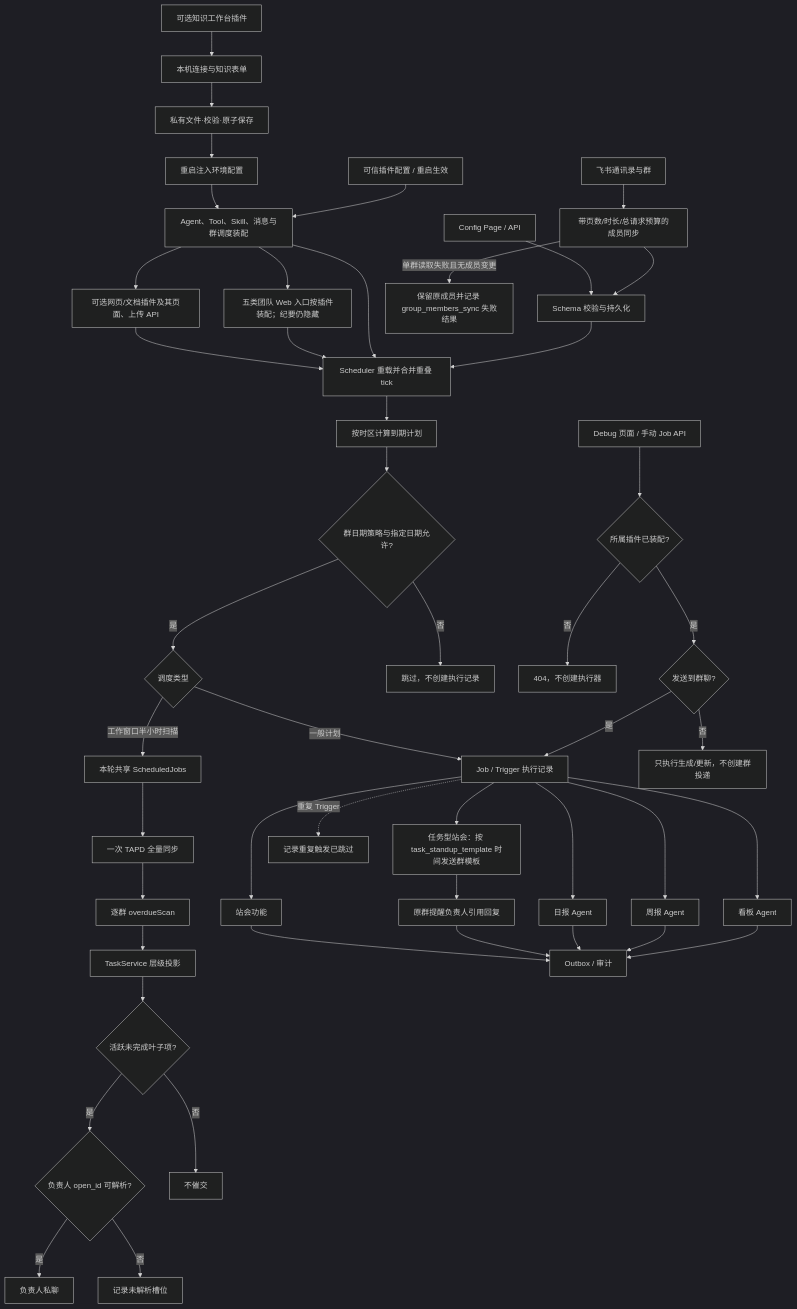
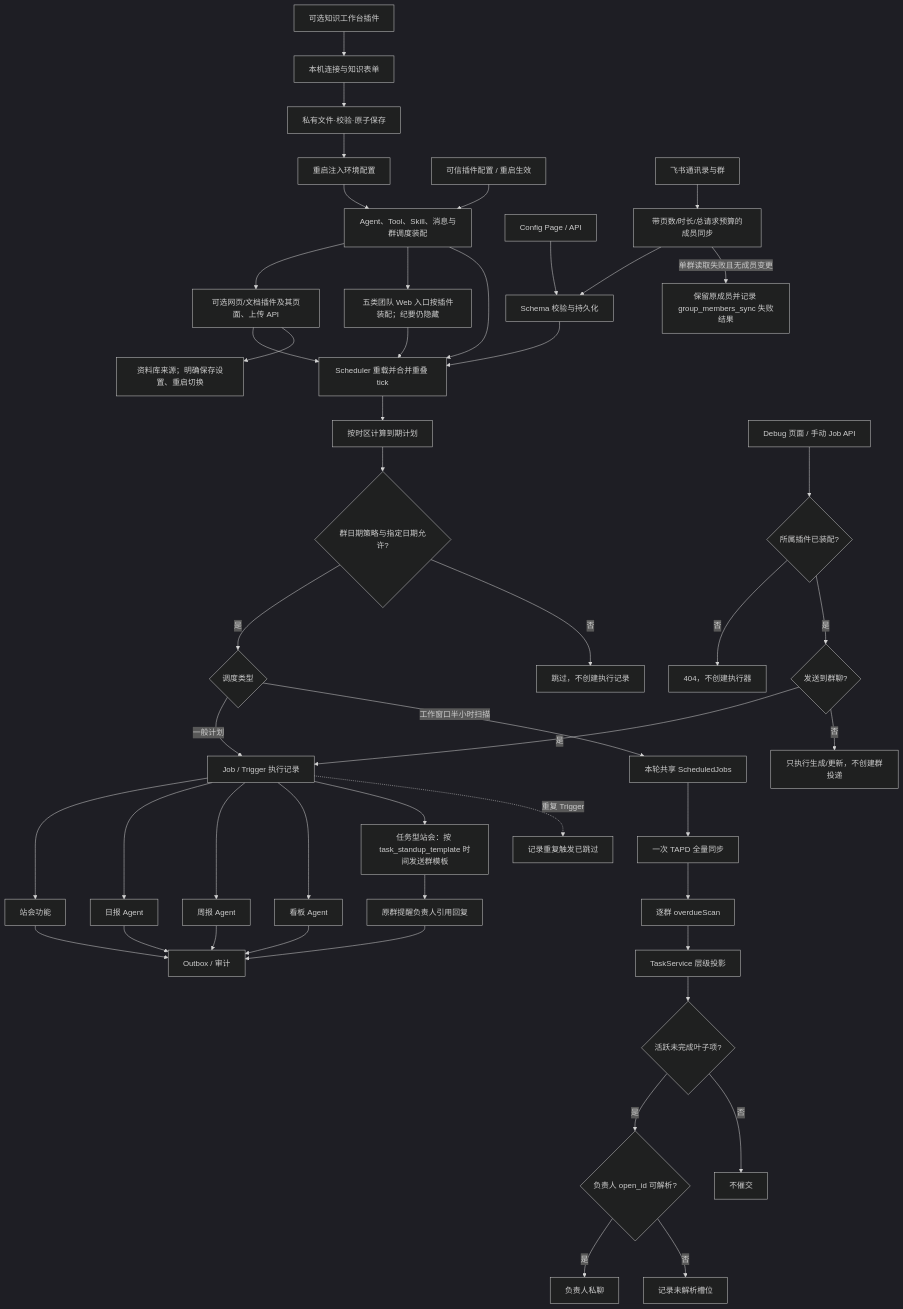
Before and after one commit to KlayPeter/AI-Delivery-Ops-Agent: the diagram in backend/src/core/configuration-scheduling/FEATURE.md, drawn with Mermaid (dark theme). The commit also changed other lines of this file and 29 other files, not shown here.

````diff
--- a/backend/src/core/configuration-scheduling/FEATURE.md
+++ b/backend/src/core/configuration-scheduling/FEATURE.md
@@ -21,49 +21,50 @@
 ```mermaid
 flowchart TD
     KWP[可选知识工作台插件] --> LC[本机连接与知识表单]
     LC --> LF[私有文件·校验·原子保存]
     LF --> BOOT[重启注入环境配置]
     BOOT --> PH
     PC["可信插件配置 / 重启生效"] --> PH["Agent、Tool、Skill、消息与群调度装配"]
     PH --> COL[可选网页/文档插件及其页面、上传 API]
     COL --> E
     PH --> VIS[五类团队 Web 入口按插件装配；纪要仍隐藏]
     VIS --> E
     PH --> E
     A["Config Page / API"] --> B["Schema 校验与持久化"]
     C["飞书通讯录与群"] --> D["带页数/时长/总请求预算的成员同步"]
     D --> B
     D -- 单群读取失败且无成员变更 --> MSFAIL[保留原成员并记录 group_members_sync 失败结果]
     B --> E["Scheduler 重载并合并重叠 tick"]
     E --> F["按时区计算到期计划"]
     F --> HC{"群日期策略与指定日期允许?"}
     HC -- "是" --> L{"调度类型"}
     HC -- "否" --> HS["跳过，不创建执行记录"]
     L -- "一般计划" --> G["Job / Trigger 执行记录"]
     L -- "工作窗口半小时扫描" --> S["本轮共享 ScheduledJobs"]
     S --> T["一次 TAPD 全量同步"]
     T --> M["逐群 overdueScan"]
     M --> P["TaskService 层级投影"]
     P --> Q{"活跃未完成叶子项?"}
     Q -- "是" --> V{"负责人 open_id 可解析?"}
     Q -- "否" --> R["不催交"]
     V -- "是" --> N["负责人私聊"]
     V -- "否" --> U["记录未解析槽位"]
     G --> H["站会功能"]
     G --> I["日报 Agent"]
     G --> W["周报 Agent"]
     G --> J["看板 Agent"]
     D2["Debug 页面 / 手动 Job API"] --> OWNER{所属插件已装配?}
     OWNER -- 否 --> REJECT[404，不创建执行器]
     OWNER -- 是 --> G2{"发送到群聊?"}
     G2 -- "是" --> G
     G2 -- "否" --> U2["只执行生成/更新，不创建群投递"]
     H --> K["Outbox / 审计"]
     G --> TS["任务型站会：按 task_standup_template 时间发送群模板"]
     TS --> TR["原群提醒负责人引用回复"]
     TR --> K
     I --> K
     W --> K
     J --> K
     G -. "重复 Trigger" .-> X["记录重复触发已跳过"]
+    COL --> KLIB[资料库来源；明确保存设置、重启切换]
 ```
````
